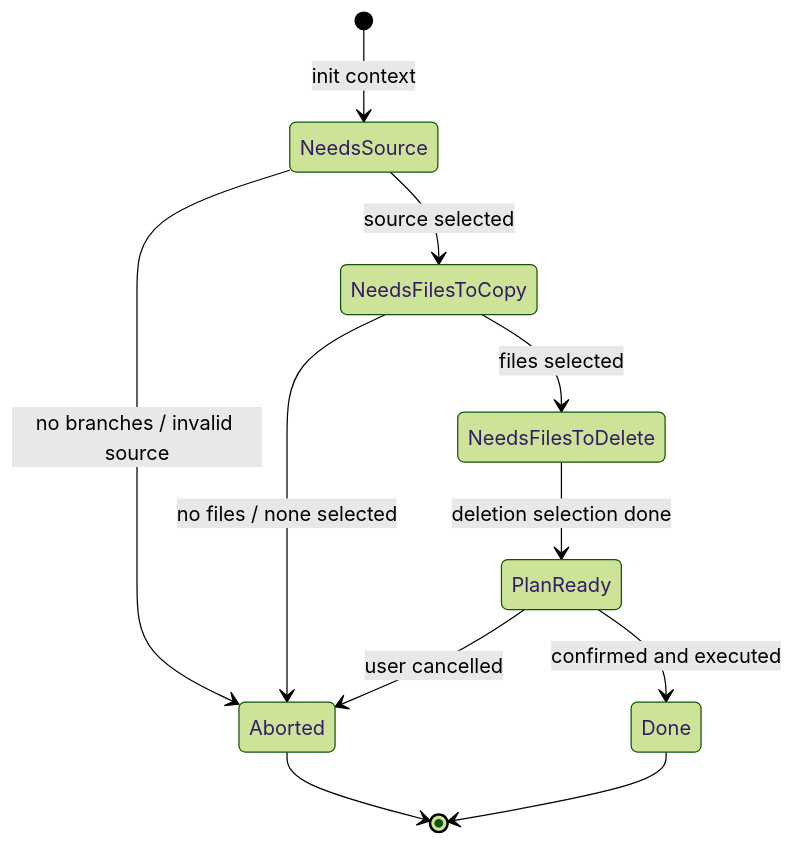
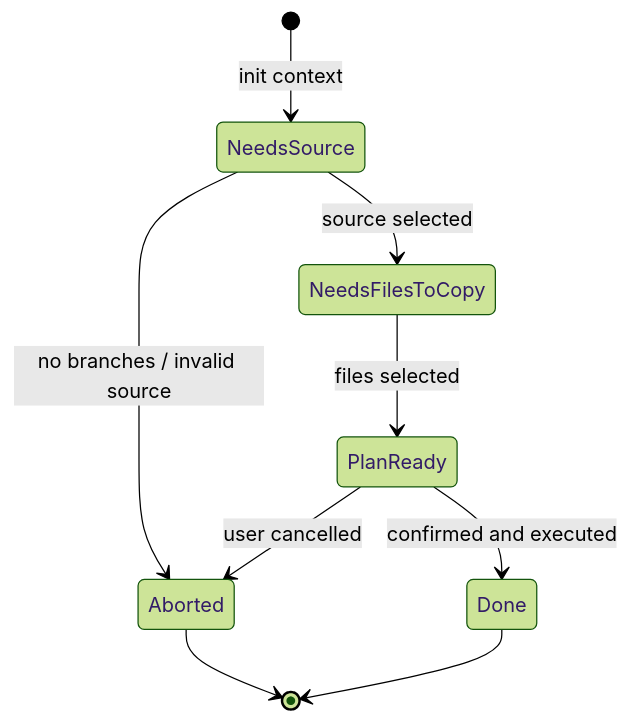
One commit to ratiofu/gitx changed the diagram in requirements/implementation_plan.md. Above: the diagram before and after it, drawn with Mermaid (forest theme). The commit also changed other lines of this file and 14 other files, not shown here.

````diff
--- a/requirements/implementation_plan.md
+++ b/requirements/implementation_plan.md
@@ -43,13 +43,11 @@
 ```mermaid
 stateDiagram-v2
     [*] --> NeedsSource: init context
     NeedsSource --> NeedsFilesToCopy: source selected
     NeedsSource --> Aborted: no branches / invalid source
-    NeedsFilesToCopy --> NeedsFilesToDelete: files selected
-    NeedsFilesToCopy --> Aborted: no files / none selected
-    NeedsFilesToDelete --> PlanReady: deletion selection done
+    NeedsFilesToCopy --> PlanReady: files selected
     PlanReady --> Done: confirmed and executed
     PlanReady --> Aborted: user cancelled
     Aborted --> [*]
     Done --> [*]
 ```
````
